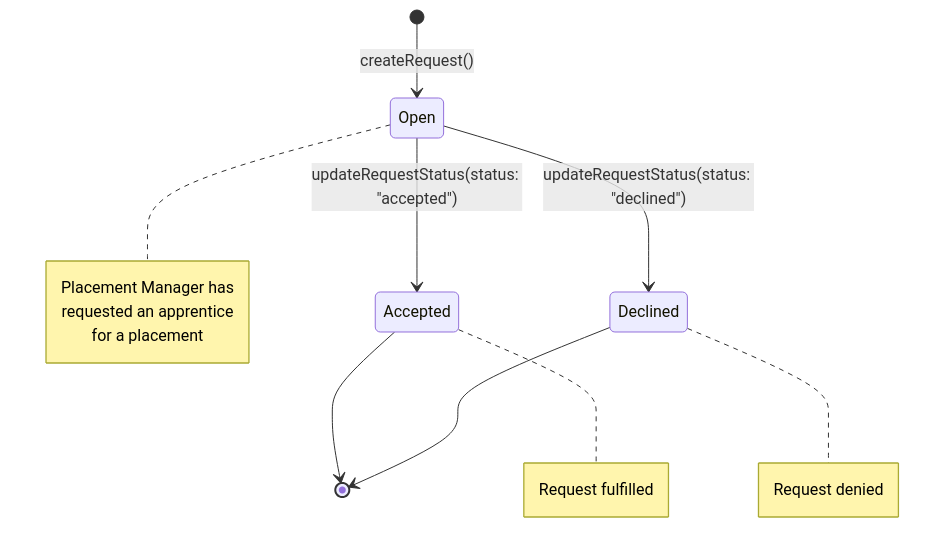
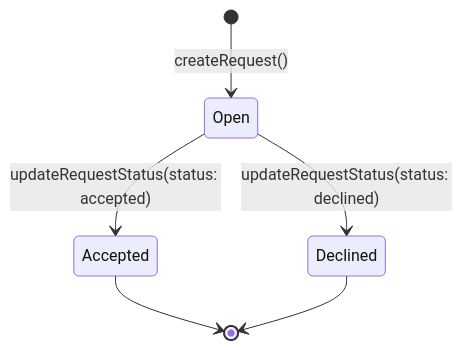
One commit to JayCenaUni/Placements changed the third of 3 diagrams in docs/uml/state-diagrams.md. Above: the diagram before and after it, drawn with Mermaid. The commit also changed other lines of this file and 5 other files, not shown here.

Commit message:
Add i package to dependencies, enhance UML diagrams, and refine state diagrams for clarity

````diff
--- a/docs/uml/state-diagrams.md
+++ b/docs/uml/state-diagrams.md
@@ -92,22 +54,10 @@
 ```mermaid
 stateDiagram-v2
     [*] --> Open : createRequest()
 
-    Open --> Accepted : updateRequestStatus(status: "accepted")
-    Open --> Declined : updateRequestStatus(status: "declined")
+    Open --> Accepted : updateRequestStatus(status: accepted)
+    Open --> Declined : updateRequestStatus(status: declined)
 
     Accepted --> [*]
     Declined --> [*]
-
-    note right of Open
-        Placement Manager has
-        requested an apprentice
-        for a placement
-    end note
-    note right of Accepted
-        Request fulfilled
-    end note
-    note right of Declined
-        Request denied
-    end note
 ```
````
